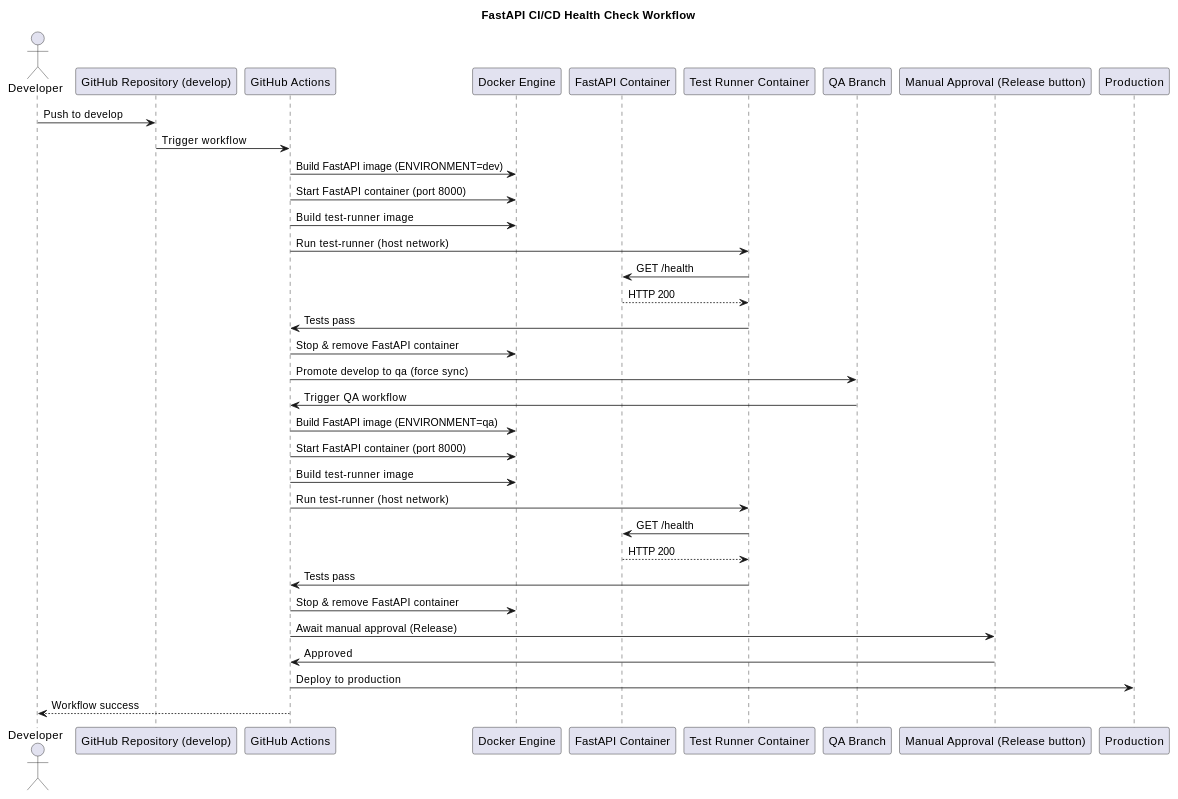
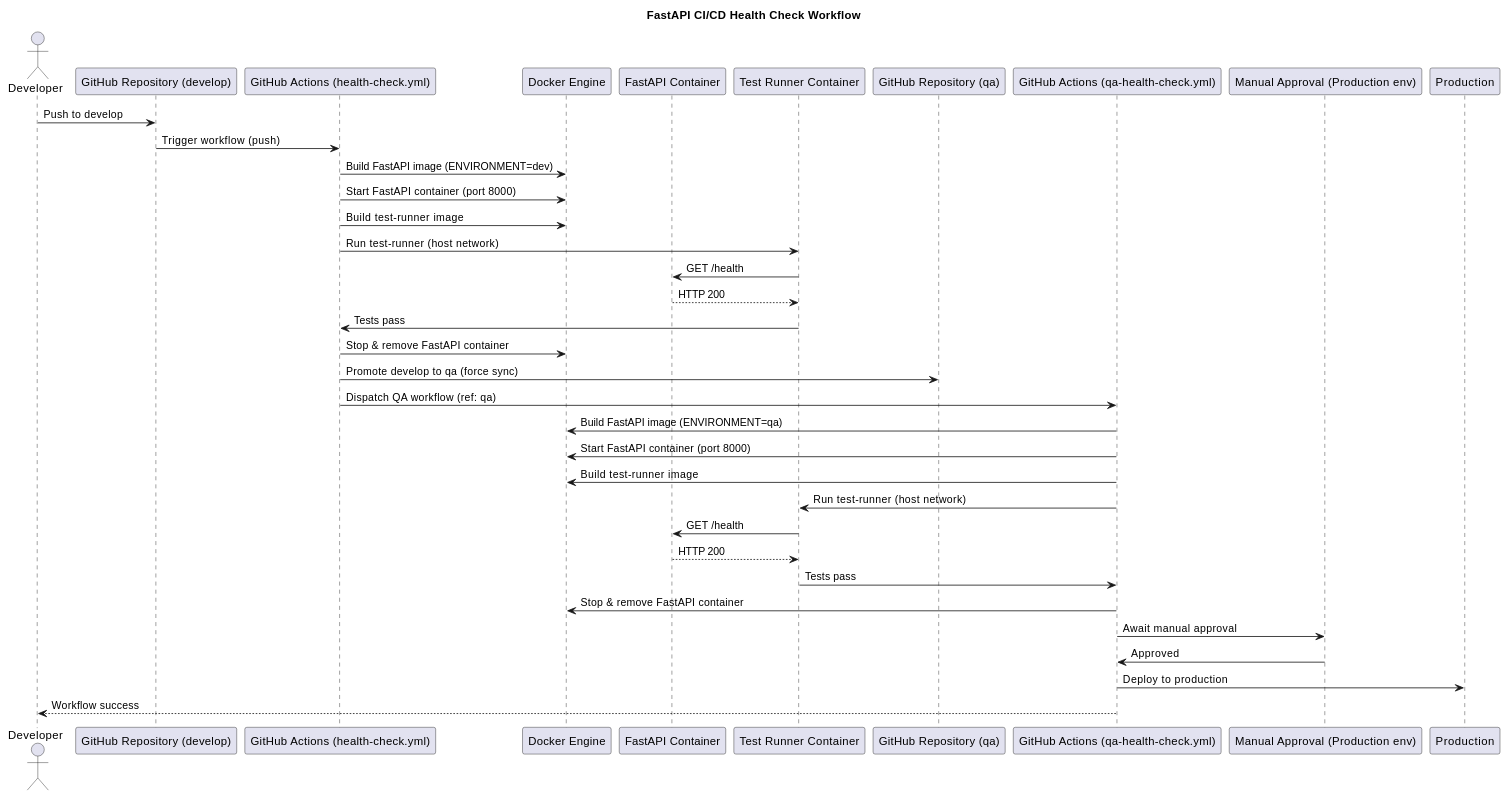
One commit to arushi688/fastapi-health-check changed the diagram in health_check/readme.md. Above: the diagram before and after it, drawn with PlantUML. The commit also changed other lines of this file and 6 other files, not shown here.

Commit message:
workflow run

````diff
--- a/health_check/readme.md
+++ b/health_check/readme.md
@@ -12,45 +12,46 @@
 ```plantuml
 @startuml
 title FastAPI CI/CD Health Check Workflow
 
 actor Developer
 participant "GitHub Repository (develop)" as Repo
-participant "GitHub Actions" as CI
+participant "GitHub Actions (health-check.yml)" as DevCI
 participant "Docker Engine" as Docker
 participant "FastAPI Container" as API
 participant "Test Runner Container" as Test
-participant "QA Branch" as QA
-participant "Manual Approval (Release button)" as Approval
+participant "GitHub Repository (qa)" as QARepo
+participant "GitHub Actions (qa-health-check.yml)" as QACI
+participant "Manual Approval (Production env)" as Approval
 participant "Production" as Prod
 
 Developer -> Repo : Push to develop
-Repo -> CI : Trigger workflow
+Repo -> DevCI : Trigger workflow (push)
 
-CI -> Docker : Build FastAPI image (ENVIRONMENT=dev)
-CI -> Docker : Start FastAPI container (port 8000)
-CI -> Docker : Build test-runner image
-CI -> Test : Run test-runner (host network)
+DevCI -> Docker : Build FastAPI image (ENVIRONMENT=dev)
+DevCI -> Docker : Start FastAPI container (port 8000)
+DevCI -> Docker : Build test-runner image
+DevCI -> Test : Run test-runner (host network)
 Test -> API : GET /health
 API --> Test : HTTP 200
-Test -> CI : Tests pass
-CI -> Docker : Stop & remove FastAPI container
+Test -> DevCI : Tests pass
+DevCI -> Docker : Stop & remove FastAPI container
 
-CI -> QA : Promote develop to qa (force sync)
-QA -> CI : Trigger QA workflow
+DevCI -> QARepo : Promote develop to qa (force sync)
+DevCI -> QACI : Dispatch QA workflow (ref: qa)
 
-CI -> Docker : Build FastAPI image (ENVIRONMENT=qa)
-CI -> Docker : Start FastAPI container (port 8000)
-CI -> Docker : Build test-runner image
-CI -> Test : Run test-runner (host network)
+QACI -> Docker : Build FastAPI image (ENVIRONMENT=qa)
+QACI -> Docker : Start FastAPI container (port 8000)
+QACI -> Docker : Build test-runner image
+QACI -> Test : Run test-runner (host network)
 Test -> API : GET /health
 API --> Test : HTTP 200
-Test -> CI : Tests pass
-CI -> Docker : Stop & remove FastAPI container
+Test -> QACI : Tests pass
+QACI -> Docker : Stop & remove FastAPI container
 
-CI -> Approval : Await manual approval (Release)
-Approval -> CI : Approved
-CI -> Prod : Deploy to production
-CI --> Developer : Workflow success
+QACI -> Approval : Await manual approval
+Approval -> QACI : Approved
+QACI -> Prod : Deploy to production
+QACI --> Developer : Workflow success
 
 @enduml
 ```
````
